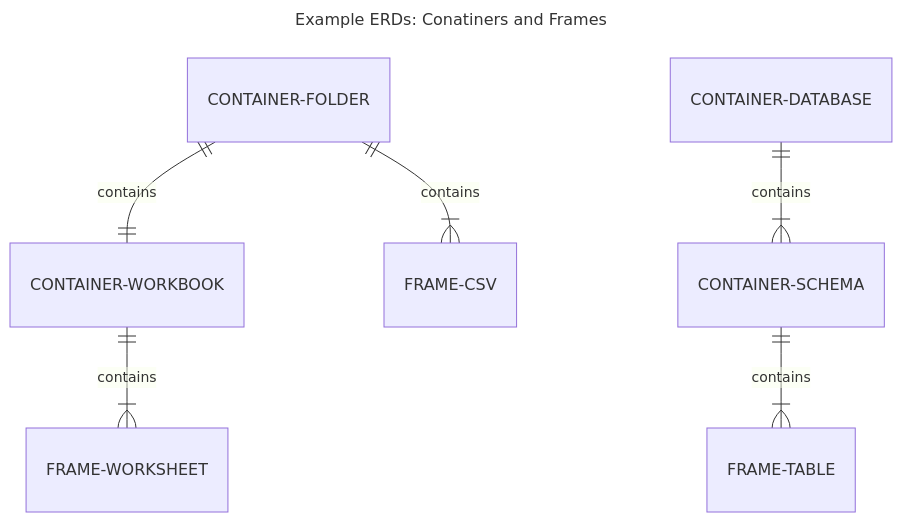
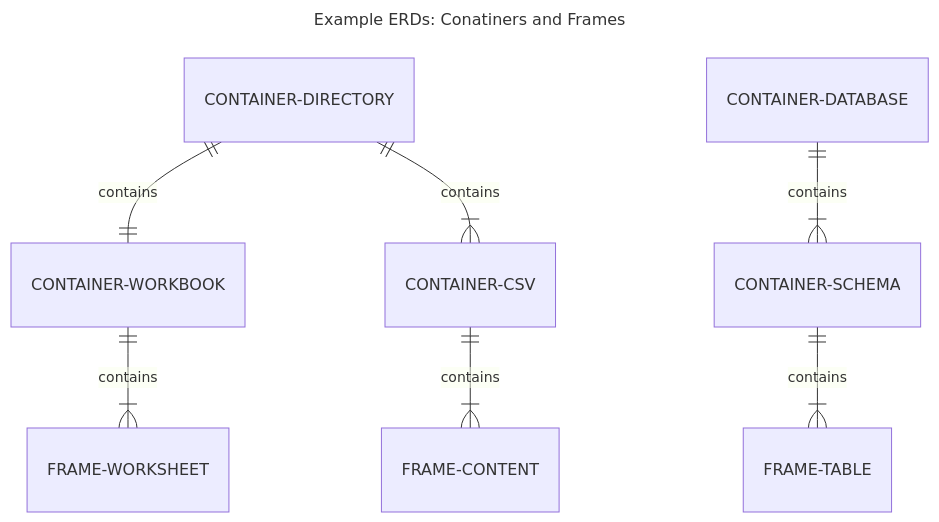
The second of 4 diagrams in README.md (NathanDWalsh/els), drawn with Mermaid before and after one commit. The commit also changed other lines of this file and 9 other files, not shown here.

````diff
--- a/README.md
+++ b/README.md
@@ -73,14 +73,15 @@
 ```mermaid
 ---
 title: "Example ERDs: Conatiners and Frames"
 ---
 erDiagram
 
-    CONTAINER-FOLDER ||--|| CONTAINER-WORKBOOK: "contains"
+    CONTAINER-DIRECTORY ||--|| CONTAINER-WORKBOOK: "contains"
     CONTAINER-WORKBOOK ||--|{ FRAME-WORKSHEET: "contains"
 
-    CONTAINER-FOLDER ||--|{ FRAME-CSV: "contains"
+    CONTAINER-DIRECTORY ||--|{ CONTAINER-CSV: "contains"
+    CONTAINER-CSV ||--|{ FRAME-CONTENT: "contains"
 
     CONTAINER-DATABASE ||--|{ CONTAINER-SCHEMA: "contains"
     CONTAINER-SCHEMA ||--|{ FRAME-TABLE: "contains"
 ```
````
